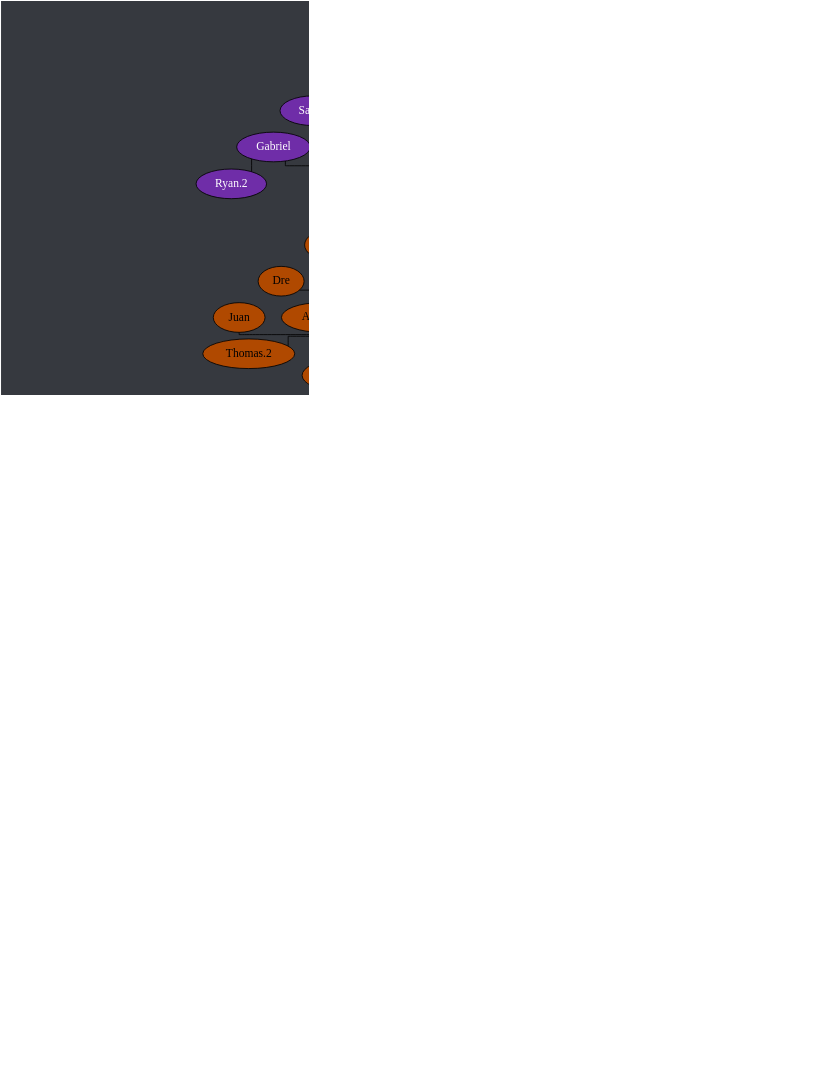
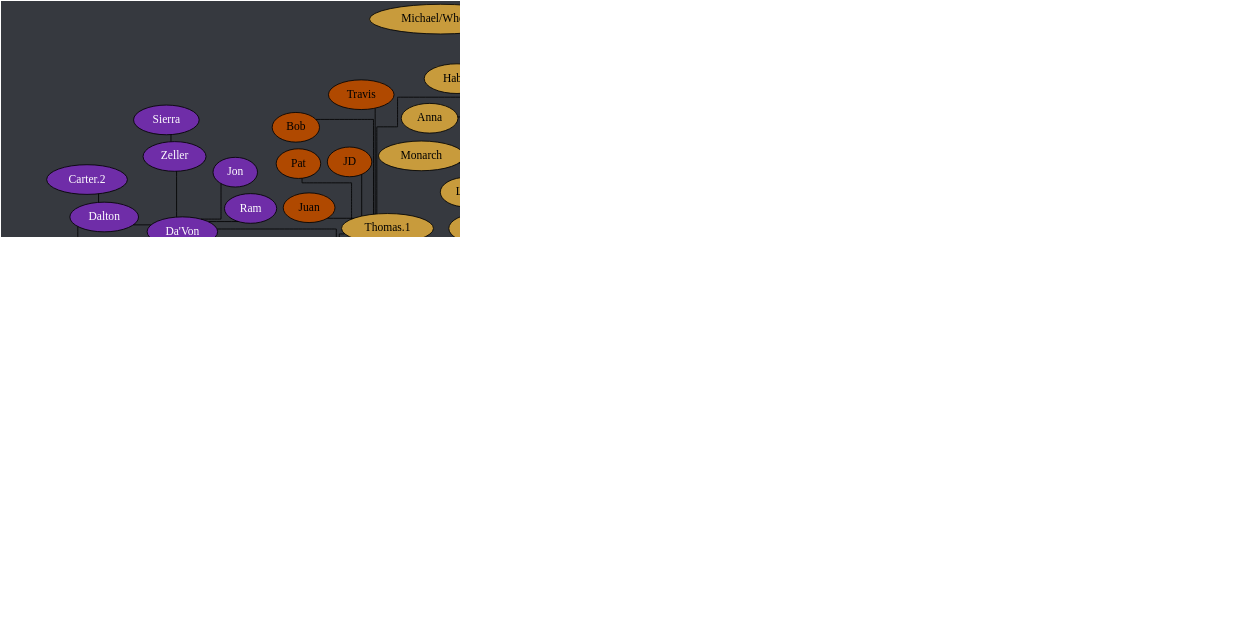
Before and after one commit to Documidas/CoronaCatzFamilyTree: the diagram in tree.dot, drawn with Graphviz. The commit also changed 1 other file, not shown here.

Commit message:
Add Hazel

```diff
--- a/tree.dot
+++ b/tree.dot
@@ -1,189 +1,190 @@
 strict graph {
 	// Layout Configuration
 	layout = neato;
 	dpi = 200;
 	epsilon = 0.01;
 	mode = major;
 	model = subset;
 	overlap = false;
 	splines = ortho;
 	start = rand;
 
 	// Visual Configuration
 	graph [ truecolor=true bgcolor="#36393f" ];
 	node [ style=filled fillcolor="gray" fontcolor="black" ];
 
 	subgraph "Joel" {
 		node [ style=filled fillcolor="firebrick4" fontcolor="white" ];
 		Joel [ style=filled fillcolor="gold" fontcolor="black" ];
 
 		Cayla -- Ali;
 		Cayla -- Jonathan;
 		Cayla -- Kate;
 		Cayla -- Nick;
 		Cayla -- Ranger;
 		Joel -- Anders;
 		Joel -- Cayla;
 		Joel -- Conner;
 		Joel -- Jared;
 		Joel -- Kat;
 		Joel -- Patrick;
 		Joel -- Steven;
 	}
 
 	subgraph "Anders" {
 		node [ style=filled fillcolor="green4" fontcolor="white" ];
 		// Anders [ style=filled fillcolor="green4" fontcolor="white" ];
 
 		Anders -- Chiara;
 		Anders -- Cody;
 		Anders -- Cole;
 		Anders -- Daniel;
 		Anders -- Derek;
 		Anders -- DJ;
 		Anders -- Hahnur;
 		Anders -- Jen;
 		Anders -- "Matt.2";
 		Anders -- Solis;
 		Anders -- Will;
 		Anders -- Wyatt;
 		Anders -- Zach;
 		Anders -- Zack;
 	}
 
 	subgraph "Jared" {
 		node [ style=filled fillcolor="royalblue" fontcolor="black" ];
 		// Jared [ style=filled fillcolor="royalblue" fontcolor="black" ];
 
 		"Andrew.1" -- Hannah;
 		"Brian.1" -- Nebtune;
 		"Carter-1.0" -- Tom;
 		Donnie -- Bianca;
 		Donnie -- "Brian.1";
 		Donnie -- Troy;
 		Greg -- "Andrew.1";
 		Greg -- "Carter-1.0";
 		Greg -- Ina;
 		Greg -- "John Boi";
 		Greg -- Tails;
 		Greg -- Tanyon;
 		Hannah -- Raana;
 		Jared -- Brandi;
 		Jared -- Dave;
 		Jared -- Donnie;
 		Jared -- Fabi;
 		Jared -- "Jack.2";
 		Jared -- Kamon;
 		Jared -- Greg;
 		Jared -- Isabelle;
 		Jared -- Mason;
 		Jared -- "Matt.1";
 		Jared -- Mehmet;
 		Jared -- Nam;
 		Jared -- Pixie;
 		Jared -- Shannon;
 		Jared -- Spencer;
 		Jared -- Tommy;
 		Jared -- Tyler;
 		Jared -- "Zach/Laniakea";
 		Jared -- Zoe;
 		"John Boi" -- Hardie;
 		Tommy -- Danny;
 		Troy -- Drake;
 		Tyler -- "Bryan.2";
 		Tyler -- Gaby;
 		Zoe -- Brandon;
 	}
 
 	subgraph "Zach/Laniakea" {
 		node [ style=filled fillcolor="#4eff2c" fontcolor="black" ];
 		// "Zach/Laniakea" [ style=filled fillcolor="#4eff2c" fontcolor="black" ];
 
 		"Caio.2" -- "Kyle.1";
 		"Caio.2" -- Lucas;
 		"Ryan/Des" -- Marcus;
 		"Ryan/Wenger" -- Gracie;
 		"Zach/Laniakea" -- Allen;
 		"Zach/Laniakea" -- "Caio.2";
 		"Zach/Laniakea" -- John;
 		"Zach/Laniakea" -- Logan;
 		"Zach/Laniakea" -- Kevin;
 		"Zach/Laniakea" -- "Kyle.0";
 		"Zach/Laniakea" -- Mike;
 		"Zach/Laniakea" -- "Ryan/Des";
 		"Zach/Laniakea" -- "Ryan/Wenger";
 	}
 
 	subgraph "John" {
 		node [ style=filled fillcolor="#c89b3c" fontcolor="black" ];
 		// John [ style=filled fillcolor="#c89b3c" fontcolor="black" ];
 
 		John -- Anna;
 		John -- Emily;
 		John -- Haber;
 		John -- Jay;
 		John -- "Jack.1";
 		John -- Lara;
 		John -- Monarch;
 		John -- Rakib;
 		John -- "Thomas.1";
+		Rakib -- Hazel;
 	}
 
 	subgraph "John-stream" {
 		// node [ style=filled fillcolor="#9147ff" fontcolor="black" ];
 		node [ style=filled fillcolor="#c89b3c" fontcolor="black" ];
 
 		John -- "Michael/Wheezy";
 	}
 
 	subgraph "Thomas.1" {
 		node [ style=filled fillcolor="#b04900" fontcolor="black" ];
 		// "Thomas.1" [ style=filled fillcolor="#b04900" fontcolor="black" ];
 
 		"Thomas.1" -- Ahmeed;
 		"Thomas.1" -- Alex;
 		"Thomas.1" -- Bob;
 		"Thomas.1" -- Dre;
 		"Thomas.1" -- JD;
 		"Thomas.1" -- Josh;
 		"Thomas.1" -- Juan;
 		"Thomas.1" -- Pat;
 		"Thomas.1" -- Taylor;
 		"Thomas.1" -- "Thomas.2";
 		"Thomas.1" -- "Tony.1";
 		"Thomas.1" -- "Tony.2";
 		"Thomas.1" -- Travis;
 	}
 
 	subgraph "Alex" {
 		node [ style=filled fillcolor="#6f2da8" fontcolor="white" ];
 		// Alex [ style=filled fillcolor="#6f2da8" fontcolor="black" ];
 
 		Alex -- "Alex/Blitt";
 		Alex -- "Da'Von";
 		Alex -- David;
 		Alex -- Sam;
 		"Alex/Blitt" -- Alan;
 		"Alex/Blitt" -- "Alex the 3rd";
 		"Alex/Blitt" -- "Andrew.2";
 		"Alex/Blitt" -- Brian;
 		"Alex/Blitt" -- Carlos;
 		"Alex/Blitt" -- Chris;
 		"Alex/Blitt" -- Gabriel;
 		"Alex/Blitt" -- "Kyle.3";
 		"Alex/Blitt" -- Laske;
 		"Alex/Blitt" -- Mikael;
 		"Alex/Blitt" -- "Ryan.1";
 		"Alex/Blitt" -- "Sam.2";
 		"Da'Von" -- "Andrew/Spook";
 		"Da'Von" -- Dalton;
 		"Da'Von" -- Jon;
 		"Da'Von" -- Karma;
 		"Da'Von" -- Ram;
 		"Da'Von" -- Zeller;
 		Dalton -- "Carter.2";
 		Dalton -- Graysen;
 		Gabriel -- "Ryan.2";
 		Zeller -- Sierra;
 	}
 }
```
